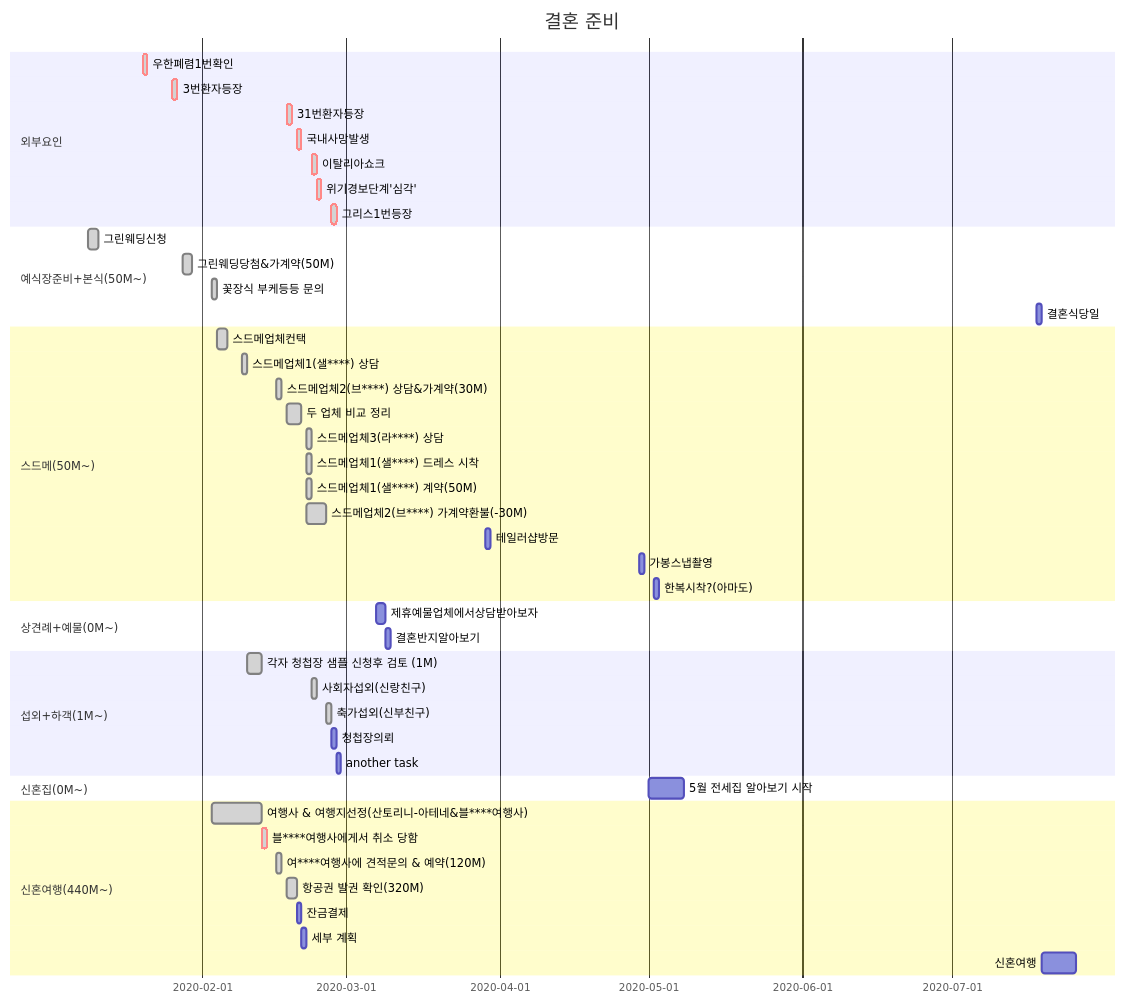
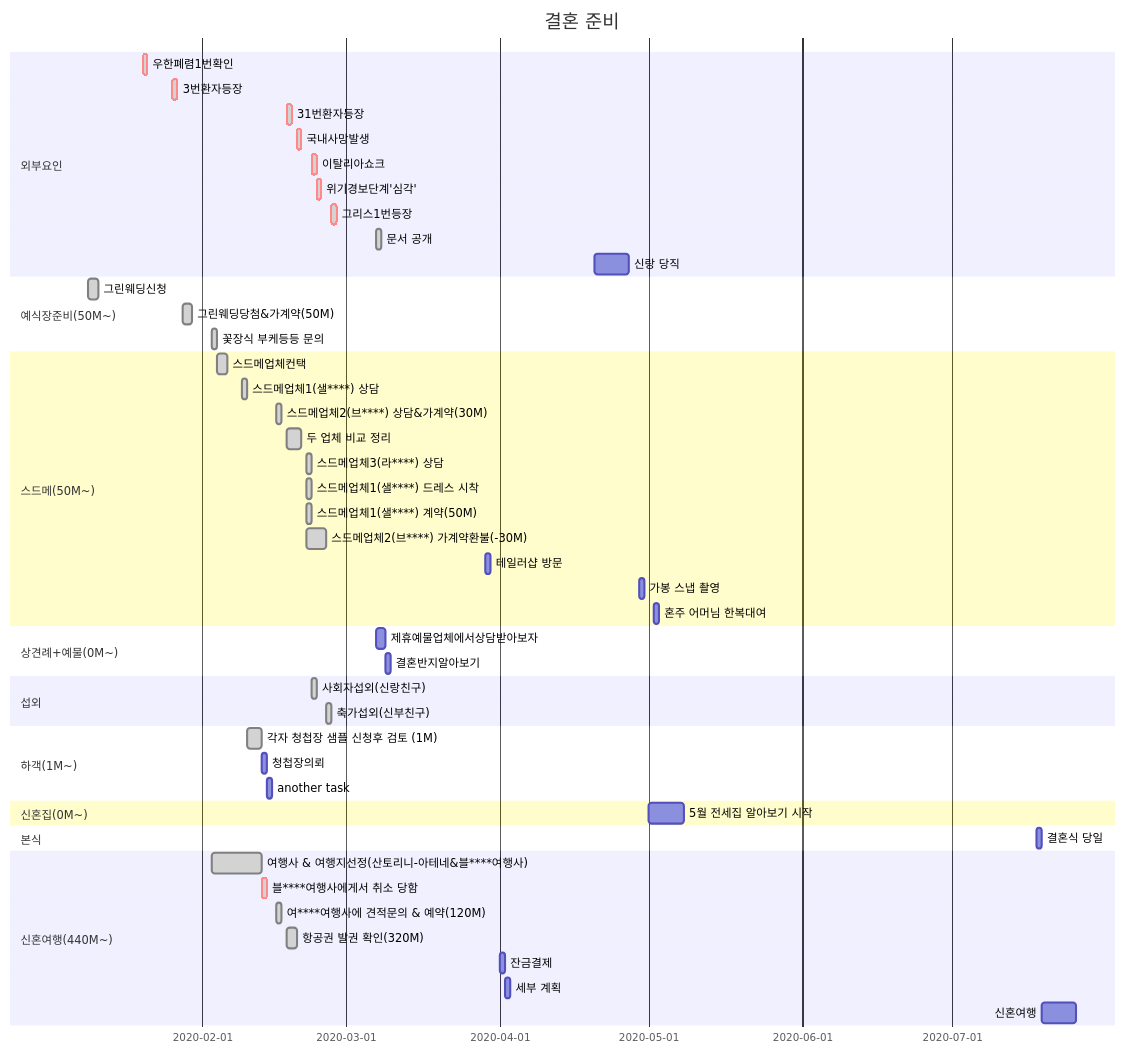
Before and after one commit to rino0601/hjk52knk: the diagram in docs/_static/journal.mmd, drawn with Mermaid. The commit also changed 2 other files, not shown here.

```diff
--- a/docs/_static/journal.mmd
+++ b/docs/_static/journal.mmd
@@ -1,55 +1,61 @@
 gantt
   title 결혼 준비
   dateFormat  YYYY-MM-DD
 
   section 외부요인
     우한폐렴1번확인: done, crit, 2020-01-20, 1d
     3번환자등장: done, crit, 2020-01-26, 1d
     31번환자등장: done, crit, 2020-02-18, 1d
     국내사망발생: done, crit, 2020-02-20, 1d
     이탈리아쇼크: done, crit, 2020-02-23, 1d
     위기경보단계'심각': done, crit, 2020-02-24, 1d
     그리스1번등장: done, crit, 2020-02-27, 1d
+    문서 공개: done, 2020-03-07, 1d
+    신랑 당직: 2020-04-20, 7d
 
 
-  section 예식장준비+본식(50M~)
+  section 예식장준비(50M~)
     그린웨딩신청: done, 2020-01-09, 2d
     그린웨딩당첨&가계약(50M): done, 2020-01-28, 2d
     꽃장식 부케등등 문의: done, 2020-02-03, 1d
-    결혼식당일: dday, 2020-07-18  , 1d
 
   section 스드메(50M~)
     스드메업체컨택: done, 2020-02-04, 2d
     스드메업체1(샐****) 상담: done, 2020-02-09, 1d
     스드메업체2(브****) 상담&가계약(30M): done, 2020-02-16, 1d
     두 업체 비교 정리: done, 2020-02-18, 2020-02-21
     스드메업체3(라****) 상담: done, 2020-02-22, 1d
     스드메업체1(샐****) 드레스 시착: done, 2020-02-22, 1d
     스드메업체1(샐****) 계약(50M): done, 2020-02-22, 1d
     스드메업체2(브****) 가계약환불(-30M): done, 2020-02-22, 2020-02-26
-    테일러샵방문: 2020-03-29, 1d
-    가봉스냅촬영: 2020-04-29, 1d
-    한복시착?(아마도): 2020-05-02, 1d
+    테일러샵 방문: 2020-03-29, 1d
+    가봉 스냅 촬영: 2020-04-29, 1d
+    혼주 어머님 한복대여: 2020-05-02, 1d
 
   section 상견례+예물(0M~)
     제휴예물업체에서상담받아보자: 2020-03-07, 2d
     결혼반지알아보기: 1d
 
-  section 섭외+하객(1M~)
-    각자 청첩장 샘플 신청후 검토 (1M): done, 2020-02-10, 2020-02-13
+  section 섭외
     사회자섭외(신랑친구): done, 2020-02-23, 1d
     축가섭외(신부친구): done, 2020-02-26, 1d
+
+  section 하객(1M~)
+    각자 청첩장 샘플 신청후 검토 (1M): done, 2020-02-10, 2020-02-13
     청첩장의뢰                :1d
     another task             :1d
 
   section 신혼집(0M~)
     5월 전세집 알아보기 시작: 2020-05-01, 7d
 
+  section 본식
+    결혼식 당일: dday, 2020-07-18  , 1d
+
   section 신혼여행(440M~)
     여행사 & 여행지선정(산토리니-아테네&블****여행사): done, 2020-02-03, 2020-02-13
     블****여행사에게서 취소 당함: done, crit, 2020-02-13, 1d
     여****여행사에 견적문의 & 예약(120M): done, 2020-02-16, 2020-02-17
     항공권 발권 확인(320M): done, 2020-02-18, 2020-02-20
-    잔금결제: 1d
+    잔금결제: 2020-04-01, 1d
     세부 계획: 1d
     신혼여행: 2020-07-19, 2020-07-26
```
